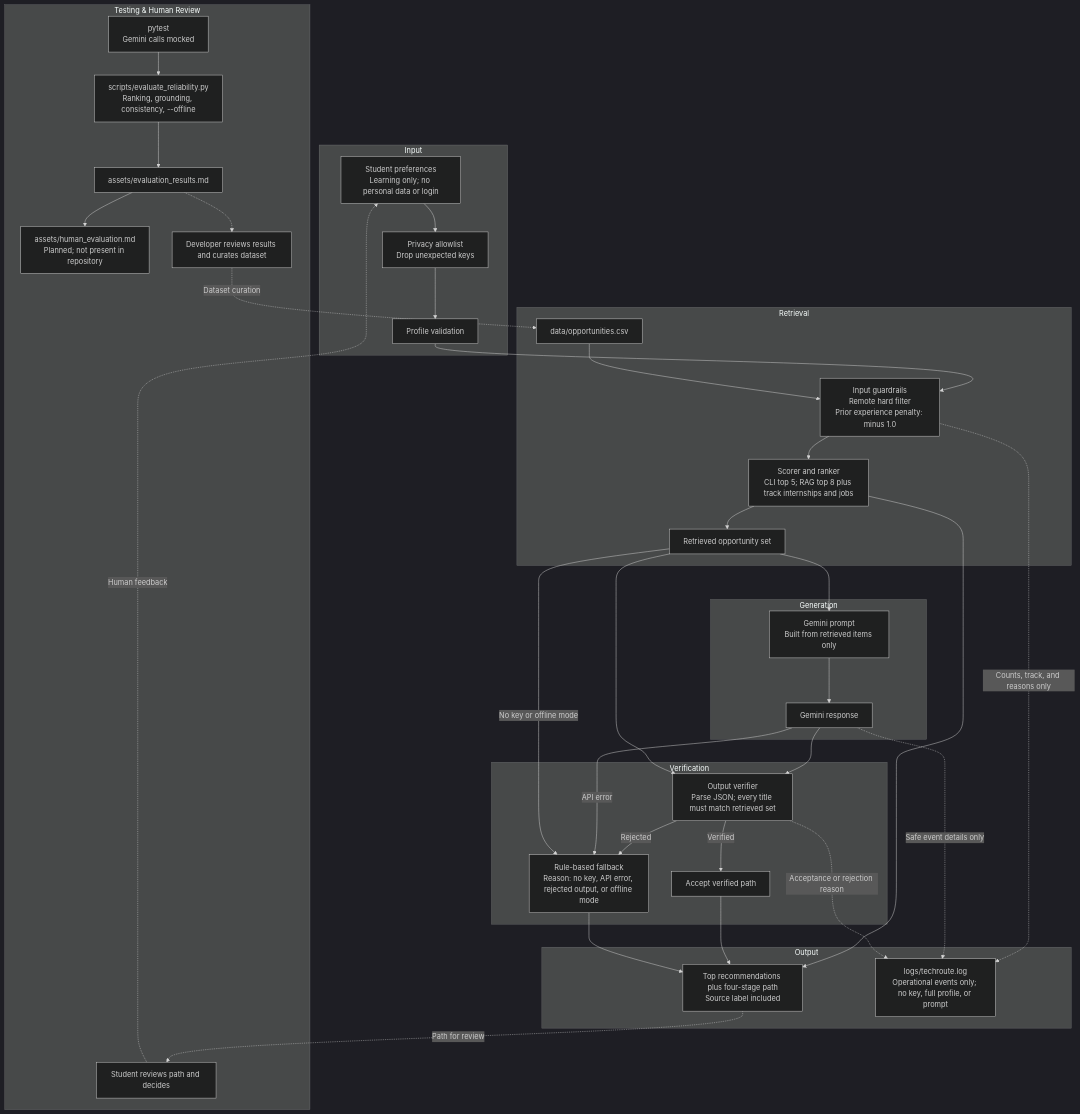
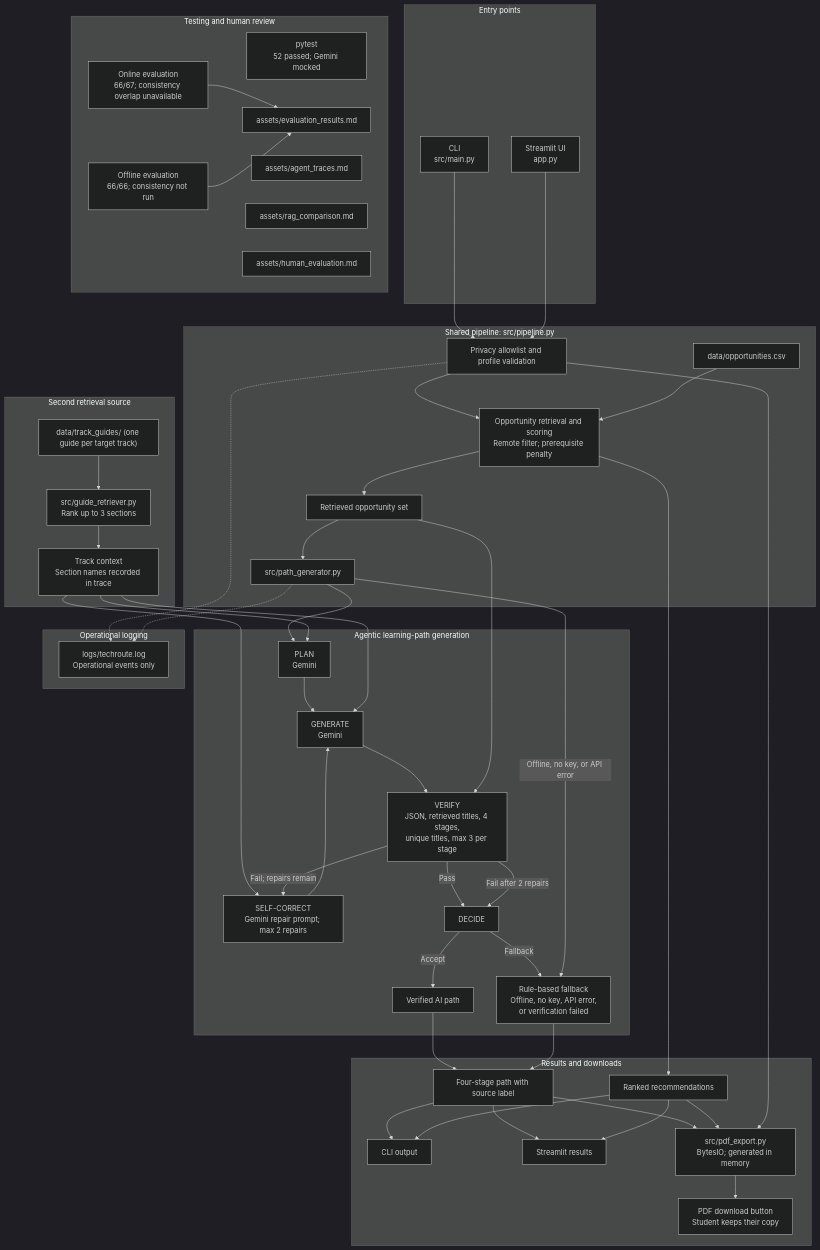
One commit to AxmadMC/techroute-recommender changed the diagram in diagrams/architecture.mmd. Above: the diagram before and after it, drawn with Mermaid (dark theme). The commit also changed 3 other files, not shown here.

```diff
--- a/diagrams/architecture.mmd
+++ b/diagrams/architecture.mmd
@@ -1,62 +1,86 @@
 %% TechRoute Recommender architecture
 flowchart TD
-    subgraph Input["Input"]
-        student["Student preferences<br/>Learning only; no personal data or login"]
-        privacy["Privacy allowlist<br/>Drop unexpected keys"]
-        validation["Profile validation"]
-        student --> privacy --> validation
+    subgraph Entry_Points["Entry points"]
+        cli["CLI<br/>src/main.py"]
+        ui["Streamlit UI<br/>app.py"]
     end
 
-    subgraph Retrieval["Retrieval"]
-        dataset["data/opportunities.csv"]
-        guardrails["Input guardrails<br/>Remote hard filter<br/>Prior experience penalty: minus 1.0"]
-        ranker["Scorer and ranker<br/>CLI top 5; RAG top 8 plus track internships and jobs"]
+    subgraph Shared_Pipeline["Shared pipeline: src/pipeline.py"]
+        profile["Privacy allowlist and profile validation"]
+        opportunity_data["data/opportunities.csv"]
+        opportunity_retrieval["Opportunity retrieval and scoring<br/>Remote filter; prerequisite penalty"]
         retrieved["Retrieved opportunity set"]
-        validation --> guardrails
-        dataset --> guardrails --> ranker --> retrieved
+        path_generator["src/path_generator.py"]
+        cli --> profile
+        ui --> profile
+        profile --> opportunity_retrieval
+        opportunity_data --> opportunity_retrieval --> retrieved
+        retrieved --> path_generator
     end
 
-    subgraph Generation["Generation"]
-        prompt["Gemini prompt<br/>Built from retrieved items only"]
-        gemini["Gemini response"]
-        retrieved --> prompt --> gemini
+    subgraph Track_Guides["Second retrieval source"]
+        guide_files["data/track_guides/ (one guide per target track)"]
+        guide_retriever["src/guide_retriever.py<br/>Rank up to 3 sections"]
+        track_context["Track context<br/>Section names recorded in trace"]
+        guide_files --> guide_retriever --> track_context
     end
 
-    subgraph Verification["Verification"]
-        verifier["Output verifier<br/>Parse JSON; every title must match retrieved set"]
-        accepted["Accept verified path"]
-        fallback["Rule-based fallback<br/>Reason: no key, API error, rejected output, or offline mode"]
-        gemini --> verifier
-        retrieved --> verifier
-        verifier -->|"Verified"| accepted
-        verifier -->|"Rejected"| fallback
-        gemini -->|"API error"| fallback
-        retrieved -->|"No key or offline mode"| fallback
+    subgraph Agent["Agentic learning-path generation"]
+        plan["PLAN<br/>Gemini"]
+        generate["GENERATE<br/>Gemini"]
+        verify["VERIFY<br/>JSON, retrieved titles, 4 stages,<br/>unique titles, max 3 per stage"]
+        correct["SELF-CORRECT<br/>Gemini repair prompt; max 2 repairs"]
+        decide["DECIDE"]
+        accepted["Verified AI path"]
+        fallback["Rule-based fallback<br/>Offline, no key, API error,<br/>or verification failed"]
+        path_generator --> plan --> generate --> verify
+        track_context --> plan
+        track_context --> generate
+        track_context --> correct
+        retrieved --> verify
+        verify -->|"Pass"| decide
+        verify -->|"Fail; repairs remain"| correct
+        correct --> generate
+        verify -->|"Fail after 2 repairs"| decide
+        decide -->|"Accept"| accepted
+        decide -->|"Fallback"| fallback
+        path_generator -->|"Offline, no key, or API error"| fallback
     end
 
-    subgraph Output["Output"]
-        cli_output["Top recommendations plus four-stage path<br/>Source label included"]
-        logs["logs/techroute.log<br/>Operational events only; no key, full profile, or prompt"]
-        ranker --> cli_output
-        accepted --> cli_output
-        fallback --> cli_output
+    subgraph Outputs["Results and downloads"]
+        recommendations["Ranked recommendations"]
+        route["Four-stage path with source label"]
+        cli_output["CLI output"]
+        ui_output["Streamlit results"]
+        pdf["src/pdf_export.py<br/>BytesIO; generated in memory"]
+        download["PDF download button<br/>Student keeps their copy"]
+        opportunity_retrieval --> recommendations
+        accepted --> route
+        fallback --> route
+        route --> cli_output
+        route --> ui_output
+        recommendations --> cli_output
+        recommendations --> ui_output
+        route --> pdf
+        recommendations --> pdf
+        profile --> pdf
+        pdf --> download
     end
 
-    subgraph Testing_Human_Review["Testing & Human Review"]
-        pytest["pytest<br/>Gemini calls mocked"]
-        evaluation["scripts/evaluate_reliability.py<br/>Ranking, grounding, consistency, --offline"]
+    subgraph Evidence["Testing and human review"]
+        tests["pytest<br/>52 passed; Gemini mocked"]
+        online["Online evaluation<br/>66/67; consistency overlap unavailable"]
+        offline["Offline evaluation<br/>66/66; consistency not run"]
         results["assets/evaluation_results.md"]
-        human_notes["assets/human_evaluation.md<br/>Planned; not present in repository"]
-        developer["Developer reviews results and curates dataset"]
-        student_review["Student reviews path and decides"]
-        pytest --> evaluation --> results
-        results --> human_notes
-        results -.-> developer
+        traces["assets/agent_traces.md"]
+        rag["assets/rag_comparison.md"]
+        human["assets/human_evaluation.md"]
+        online --> results
+        offline --> results
     end
 
-    guardrails -.->|"Counts, track, and reasons only"| logs
-    gemini -.->|"Safe event details only"| logs
-    verifier -.->|"Acceptance or rejection reason"| logs
-    cli_output -.->|"Path for review"| student_review
-    student_review -.->|"Human feedback"| student
-    developer -.->|"Dataset curation"| dataset
+    subgraph Operations["Operational logging"]
+        logs["logs/techroute.log<br/>Operational events only"]
+    end
+    profile -.-> logs
+    path_generator -.-> logs
```
